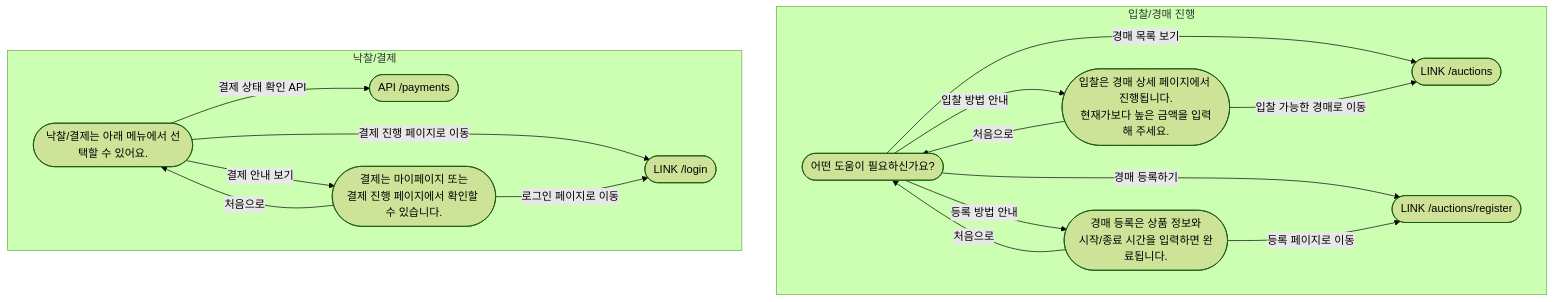
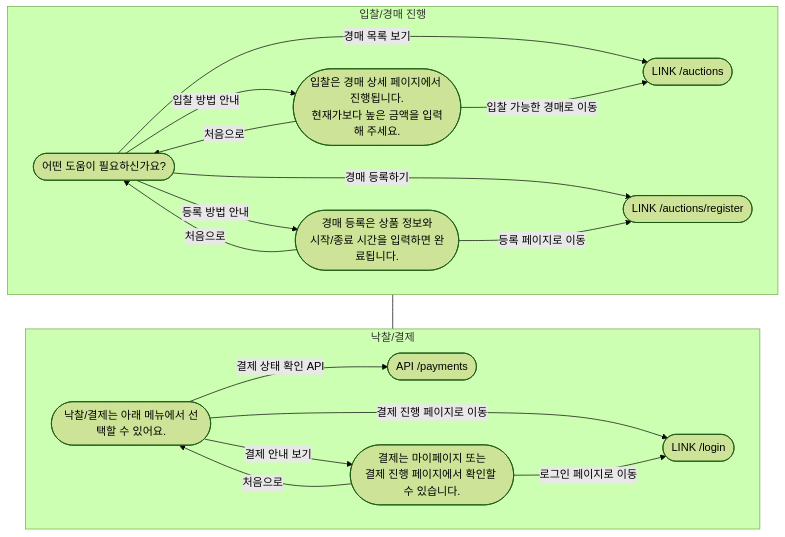
Before and after one commit to team-noonchissaum/IgLoo: the diagram in docs/chatbot-spec.md, drawn with Mermaid (forest theme).

````diff
--- a/docs/chatbot-spec.md
+++ b/docs/chatbot-spec.md
@@ -57,33 +57,41 @@
 ```mermaid
 flowchart TB
+  %% layout settings
+  classDef big font-size:16px;
   %% Scenario 1: auction_flow
   subgraph S1[입찰/경매 진행]
     S1_root(["어떤 도움이 필요하신가요?"])
     S1_bid(["입찰은 경매 상세 페이지에서 진행됩니다.<br/>현재가보다 높은 금액을 입력해 주세요."])
     S1_reg(["경매 등록은 상품 정보와<br/>시작/종료 시간을 입력하면 완료됩니다."])
 
     S1_root -->|경매 목록 보기| S1_link_auctions(["LINK /auctions"])
     S1_root -->|경매 등록하기| S1_link_register(["LINK /auctions/register"])
     S1_root -->|입찰 방법 안내| S1_bid
     S1_root -->|등록 방법 안내| S1_reg
 
     S1_bid -->|입찰 가능한 경매로 이동| S1_link_auctions
     S1_bid -->|처음으로| S1_root
 
     S1_reg -->|등록 페이지로 이동| S1_link_register
     S1_reg -->|처음으로| S1_root
   end
 
   %% Scenario 2: payment_flow
   subgraph S2[낙찰/결제]
     S2_root(["낙찰/결제는 아래 메뉴에서 선택할 수 있어요."])
     S2_guide(["결제는 마이페이지 또는<br/>결제 진행 페이지에서 확인할 수 있습니다."])
 
     S2_root -->|결제 진행 페이지로 이동| S2_link_login(["LINK /login"])
     S2_root -->|결제 상태 확인 API| S2_api_payments(["API /payments"])
     S2_root -->|결제 안내 보기| S2_guide
 
     S2_guide -->|로그인 페이지로 이동| S2_link_login
     S2_guide -->|처음으로| S2_root
   end
+
+  %% stack layout: S1 above S2
+  S1 --- S2
+
+  %% apply larger font to all nodes
+  class S1_root,S1_bid,S1_reg,S1_link_auctions,S1_link_register,S2_root,S2_guide,S2_link_login,S2_api_payments big;
 ```
````
